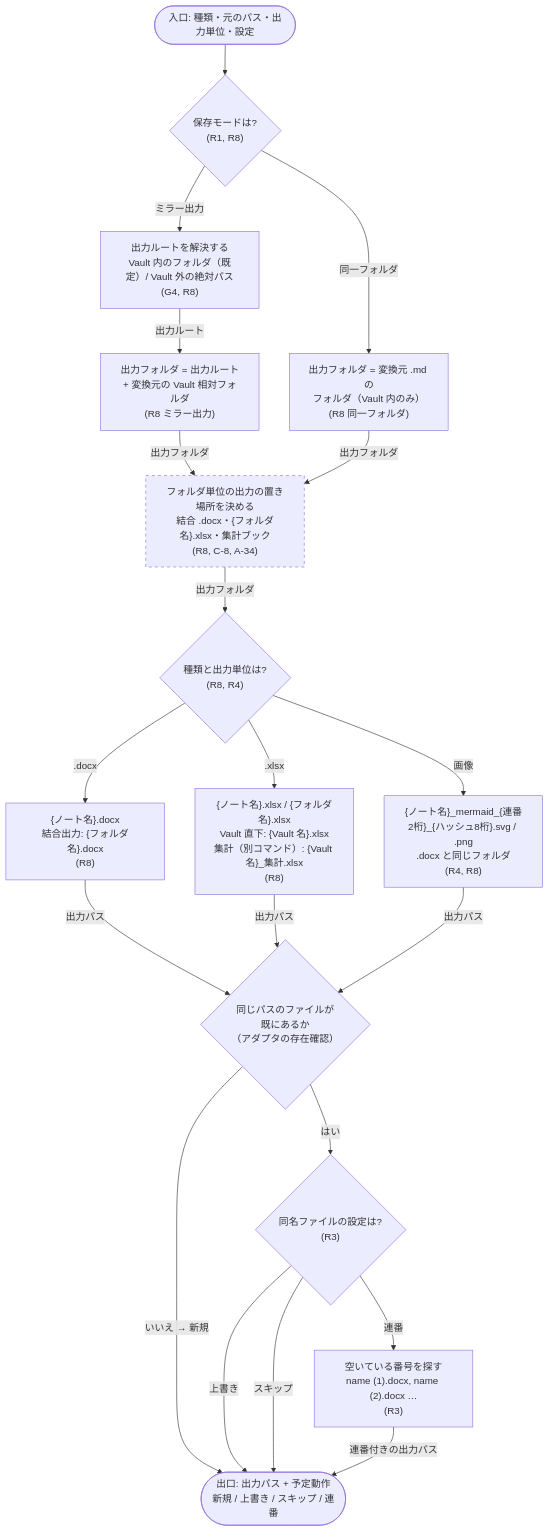
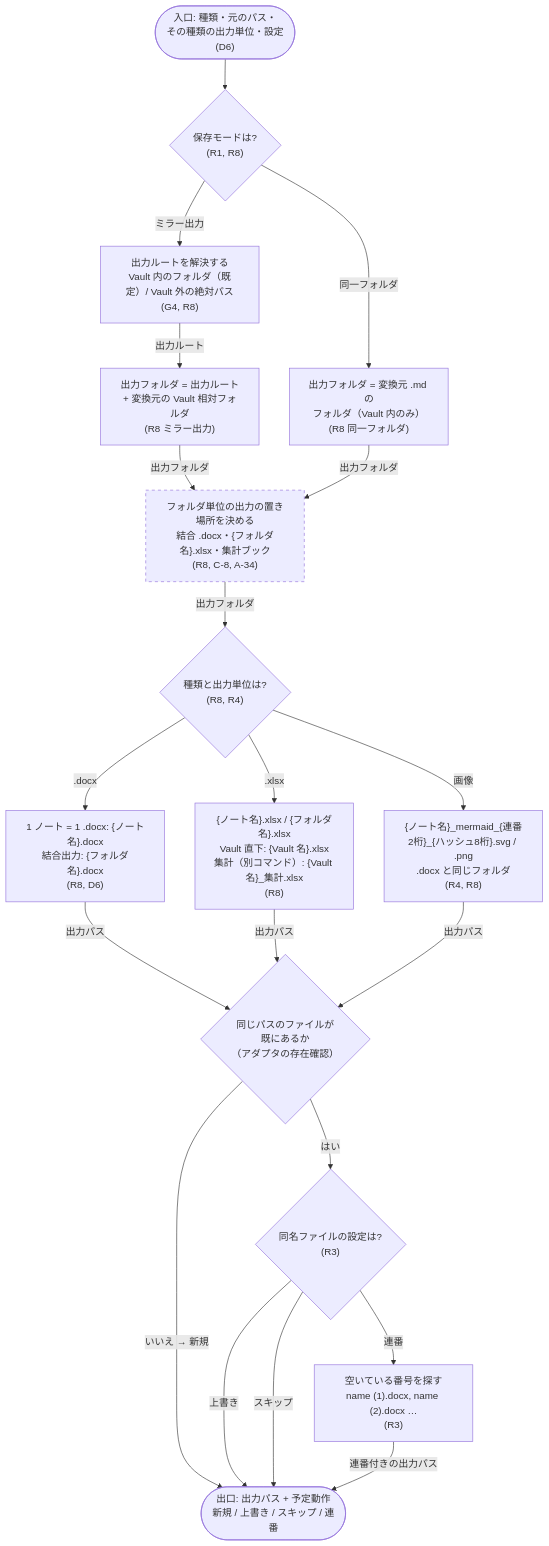
Before and after one commit to rakko1133/obsidian-md-to-office: the second of 3 diagrams in docs/flows/09-write-file.md, drawn with Mermaid. The commit also changed other lines of this file and 4 other files, not shown here.

First line of the commit message:
docs: フロー図に形式ごとの出力単位とグループの完成の指示を反映 (R8)

````diff
--- a/docs/flows/09-write-file.md
+++ b/docs/flows/09-write-file.md
@@ -63,40 +63,40 @@
 ```mermaid
 flowchart TD
-  A0(["入口: 種類・元のパス・出力単位・設定"])
+  A0(["入口: 種類・元のパス・<br/>その種類の出力単位・設定<br/>(D6)"])
   Mode{"保存モードは?<br/>(R1, R8)"}
   Root["出力ルートを解決する<br/>Vault 内のフォルダ（既定）/ Vault 外の絶対パス<br/>(G4, R8)"]
   Mirror["出力フォルダ = 出力ルート<br/>+ 変換元の Vault 相対フォルダ<br/>(R8 ミラー出力)"]
   Same["出力フォルダ = 変換元 .md の<br/>フォルダ（Vault 内のみ）<br/>(R8 同一フォルダ)"]
   Unit["フォルダ単位の出力の置き場所を決める<br/>結合 .docx・{フォルダ名}.xlsx・集計ブック<br/>(R8, C-8, A-34)"]
   Name{"種類と出力単位は?<br/>(R8, R4)"}
-  NDocx["{ノート名}.docx<br/>結合出力: {フォルダ名}.docx<br/>(R8)"]
+  NDocx["1 ノート = 1 .docx: {ノート名}.docx<br/>結合出力: {フォルダ名}.docx<br/>(R8, D6)"]
   NXlsx["{ノート名}.xlsx / {フォルダ名}.xlsx<br/>Vault 直下: {Vault 名}.xlsx<br/>集計（別コマンド）: {Vault 名}_集計.xlsx<br/>(R8)"]
   NImg["{ノート名}_mermaid_{連番2桁}_{ハッシュ8桁}.svg / .png<br/>.docx と同じフォルダ<br/>(R4, R8)"]
   Exists{"同じパスのファイルが<br/>既にあるか<br/>（アダプタの存在確認）"}
   Policy{"同名ファイルの設定は?<br/>(R3)"}
   Seq["空いている番号を探す<br/>name (1).docx, name (2).docx …<br/>(R3)"]
   A9(["出口: 出力パス + 予定動作<br/>新規 / 上書き / スキップ / 連番"])
 
   A0 --> Mode
   Mode -->|"ミラー出力"| Root
   Root -->|"出力ルート"| Mirror
   Mode -->|"同一フォルダ"| Same
   Mirror -->|"出力フォルダ"| Unit
   Same -->|"出力フォルダ"| Unit
   Unit -->|"出力フォルダ"| Name
   Name -->|".docx"| NDocx
   Name -->|".xlsx"| NXlsx
   Name -->|"画像"| NImg
   NDocx -->|"出力パス"| Exists
   NXlsx -->|"出力パス"| Exists
   NImg -->|"出力パス"| Exists
   Exists -->|"いいえ → 新規"| A9
   Exists -->|"はい"| Policy
   Policy -->|"上書き"| A9
   Policy -->|"スキップ"| A9
   Policy -->|"連番"| Seq
   Seq -->|"連番付きの出力パス"| A9
 
   classDef undecided stroke-dasharray: 5 5
   class Unit undecided
 ```
````
